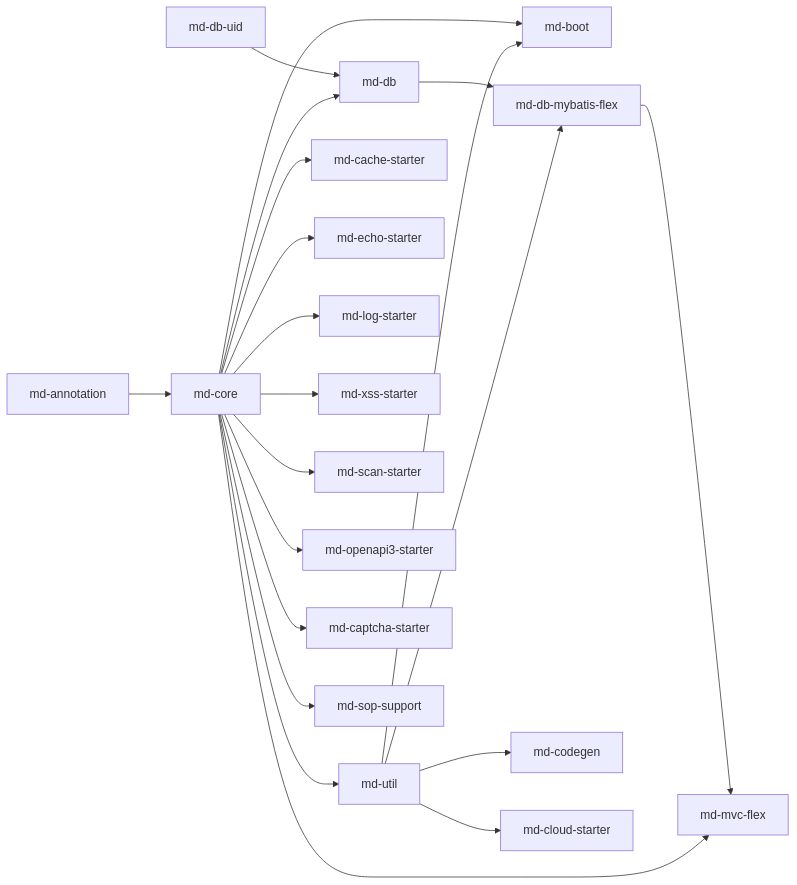
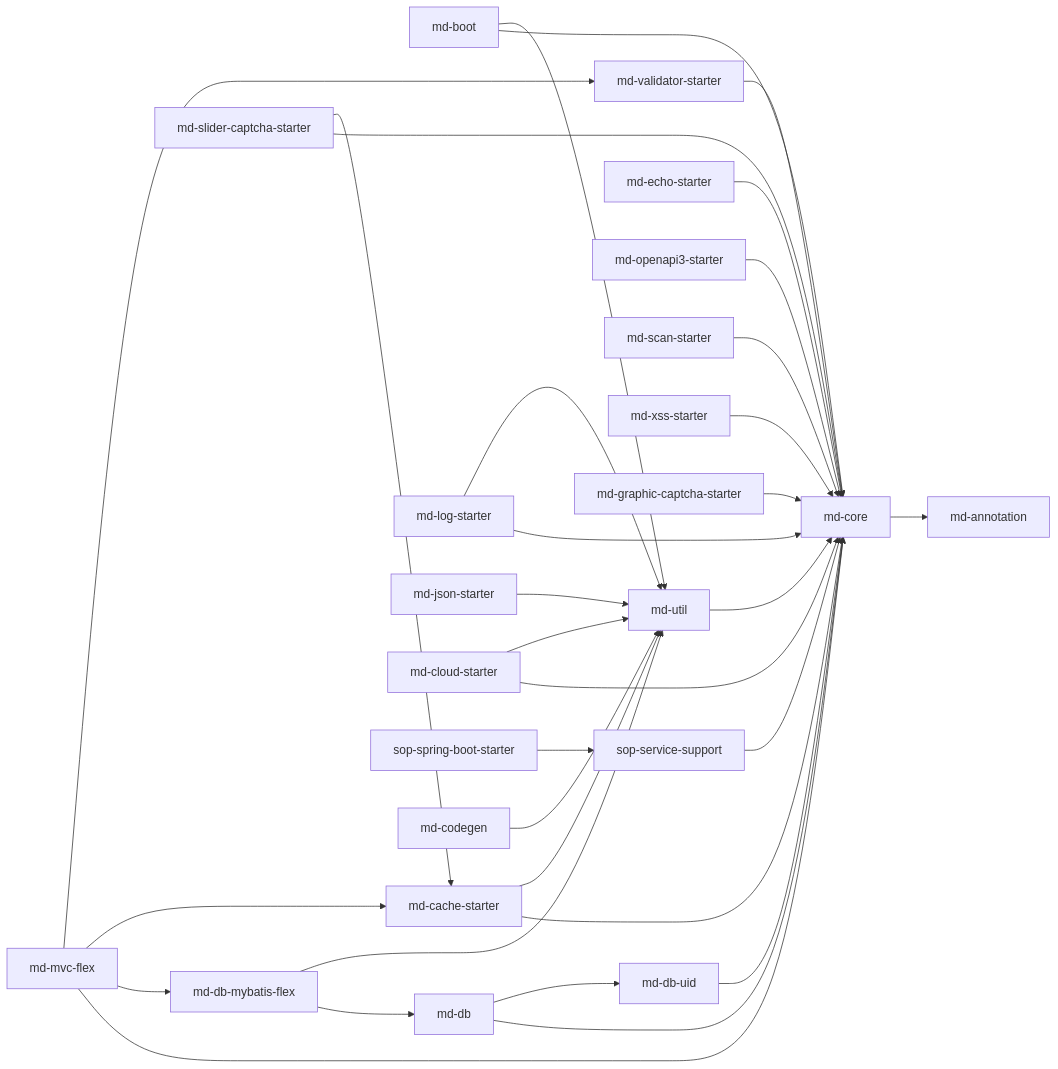
Before and after one commit to henhen6/mdp-docs: the diagram in src/doc/source/mdp-base/README.md, drawn with Mermaid. The commit also changed other lines of this file and 1 other file, not shown here.

Commit message:
docs(mdp-parent): 优化父模块文档和依赖关系说明
- 调整 mdp-base README 中模块依赖关系流程图方向及内容，明确依赖箭头含义
- 修正二开项目引依赖说明中抽象类继承部分，去除无意设计描述
- 调整 mdp-parent 文档中依赖关系图表方向、排序及描述，优化 BOM 顺序说明
- 增补注解处理器链中加入 MyBatis-Flex 使用说明和相关处理器配置
- 详解 checkstyle.xml 规范要点，补充命名、导入、体量、嵌套深度等最佳实践与错误示范
- 增加 Javadoc 规范示例，说明公共类型必须带文档注释
- 细化构建约定、版本管理及扩展点相关文档说明，提升二开项目继承使用指导准确性

````diff
--- a/src/doc/source/mdp-base/README.md
+++ b/src/doc/source/mdp-base/README.md
@@ -67,23 +69,35 @@
 ```mermaid
 flowchart LR
-    annotation[md-annotation] --> core[md-core]
-    core --> util[md-util]
-    core --> boot[md-boot]
-    util --> boot
-    uid[md-db-uid] --> db[md-db]
-    core --> db
-    db --> flex[md-db-mybatis-flex]
-    util --> flex
-    flex --> mvc[md-mvc-flex]
-    core --> mvc
-    core --> cache[md-cache-starter]
-    core --> echo[md-echo-starter]
-    core --> log[md-log-starter]
-    core --> xss[md-xss-starter]
-    core --> scan[md-scan-starter]
-    core --> openapi3[md-openapi3-starter]
-    core --> captcha[md-captcha-starter]
-    core --> sop[md-sop-support]
-    util --> codegen[md-codegen]
-    util --> cloud[md-cloud-starter]
+    annotation[md-annotation]
+    core[md-core] --> annotation
+    util[md-util] --> core
+    boot[md-boot] --> core
+    boot --> util
+    uid[md-db-uid] --> core
+    db[md-db] --> core
+    db --> uid
+    flex[md-db-mybatis-flex] --> db
+    flex --> util
+    mvc[md-mvc-flex] --> core
+    mvc --> flex
+    mvc --> cache[md-cache-starter]
+    mvc --> validator[md-validator-starter]
+    cache --> core
+    cache --> util
+    echo[md-echo-starter] --> core
+    log[md-log-starter] --> core
+    log --> util
+    json[md-json-starter] --> util
+    openapi3[md-openapi3-starter] --> core
+    scan[md-scan-starter] --> core
+    validator --> core
+    xss[md-xss-starter] --> core
+    graphic[md-graphic-captcha-starter] --> core
+    slider[md-slider-captcha-starter] --> core
+    slider --> cache
+    cloud[md-cloud-starter] --> core
+    cloud --> util
+    sopsupport[sop-service-support] --> core
+    sopstarter[sop-spring-boot-starter] --> sopsupport
+    codegen[md-codegen] --> util
 ```
````
